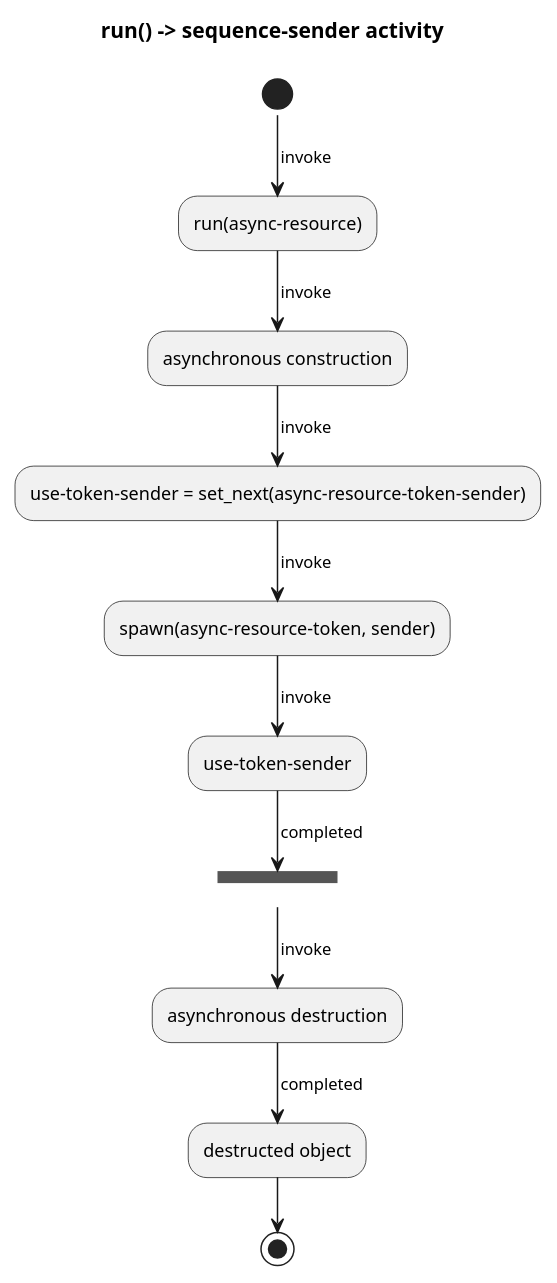
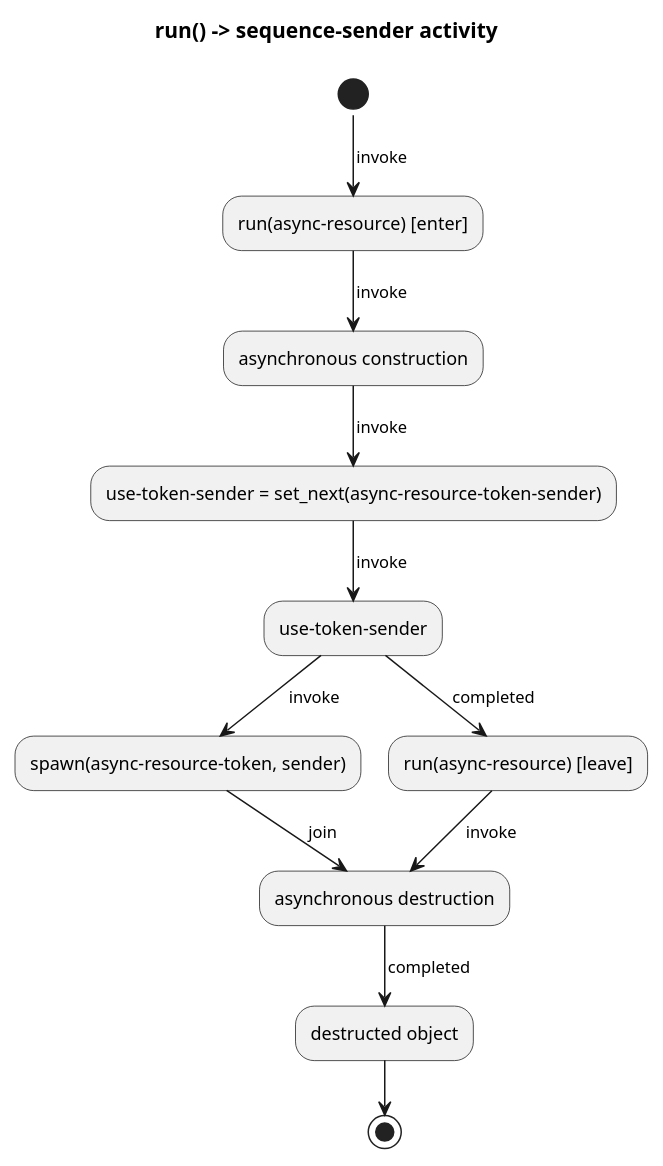
Before and after one commit to kirkshoop/async_scope: the second of 6 diagrams in async-resource.md, drawn with PlantUML. The commit also changed other lines of this file, not shown here.

Commit message:
activity diagram improvements and Implementation Experience section

````diff
--- a/async-resource.md
+++ b/async-resource.md
@@ -319,20 +322,21 @@
 ```plantuml
 !pragma layout smetana
 title "run() -> sequence-sender activity"
 
-(*) -->[invoke] "run(async-resource)"
+(*) -->[invoke] "run(async-resource) [enter]"
 -->[invoke] "asynchronous construction"
 -->[invoke] "use-token-sender = set_next(async-resource-token-sender)" 
 
--->[invoke] "spawn(async-resource-token, sender)"
-
 -->[invoke] "use-token-sender"
 
--->[completed] ===READYTODESTRUCT===
+-->[invoke] "spawn(async-resource-token, sender)"
+-->[join] "asynchronous destruction"
+
+"use-token-sender" -->[completed] "run(async-resource) [leave]"
 
 -->[invoke] "asynchronous destruction"
 
 -->[completed] "destructed object"
 
 -->(*)
 ```
````
